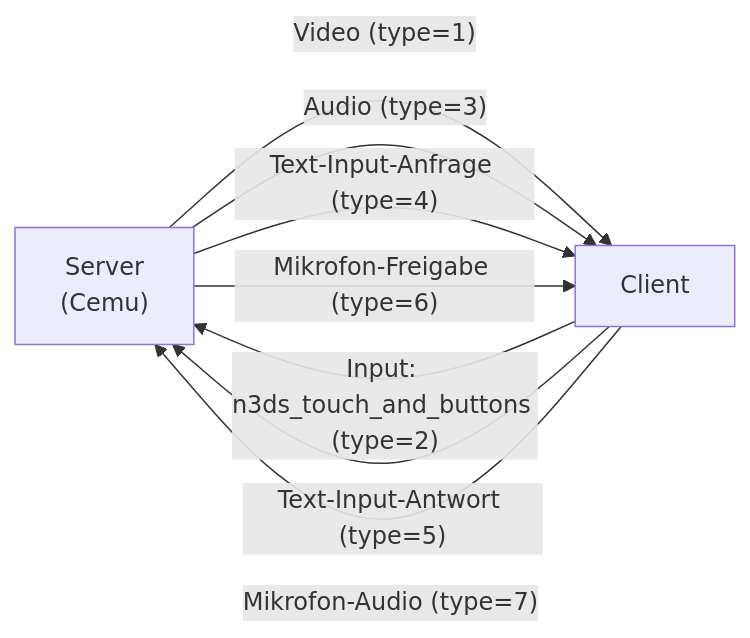
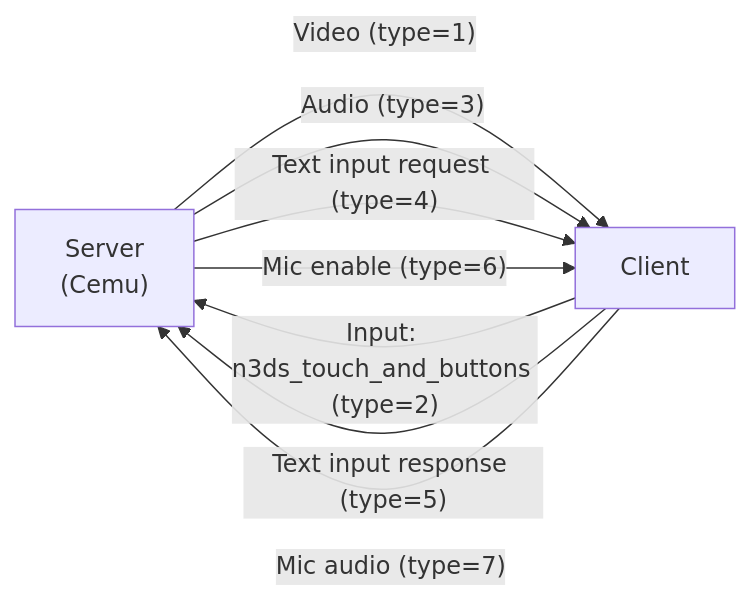
The fourth of 4 diagrams in docs/protocol.md (alwe2710/Unison), drawn with Mermaid before and after one commit. The commit also changed other lines of this file and 9 other files, not shown here.

````diff
--- a/docs/protocol.md
+++ b/docs/protocol.md
@@ -187,10 +172,10 @@
 ```mermaid
 flowchart LR
     S["Server<br/>(Cemu)"] -- "Video (type=1)" --> C[Client]
     S -- "Audio (type=3)" --> C
-    S -- "Text-Input-Anfrage (type=4)" --> C
-    S -- "Mikrofon-Freigabe (type=6)" --> C
+    S -- "Text input request (type=4)" --> C
+    S -- "Mic enable (type=6)" --> C
     C -- "Input: n3ds_touch_and_buttons (type=2)" --> S
-    C -- "Text-Input-Antwort (type=5)" --> S
-    C -- "Mikrofon-Audio (type=7)" --> S
+    C -- "Text input response (type=5)" --> S
+    C -- "Mic audio (type=7)" --> S
 ```
````
